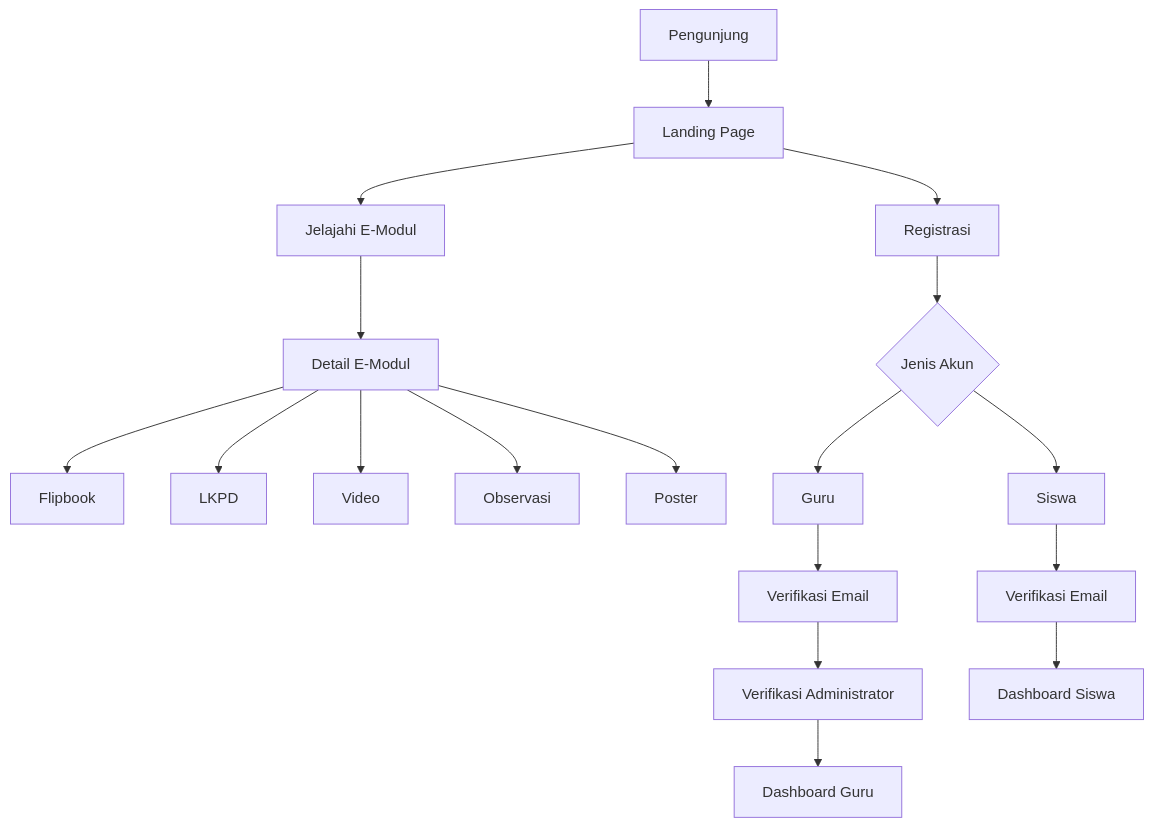
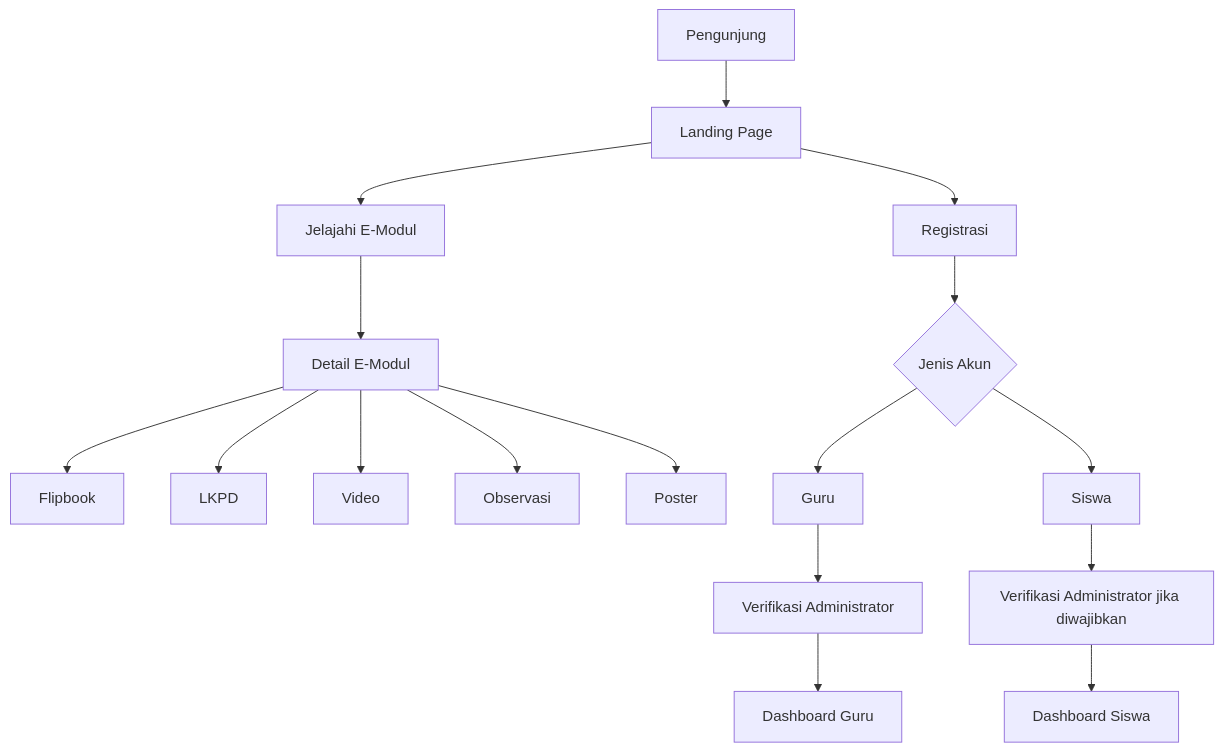
Before and after one commit to yaridwan/e-etnosains: the first of 7 diagrams in README.md, drawn with Mermaid. The commit also changed other lines of this file and 25 other files, not shown here.

First line of the commit message:
Ganti verifikasi email dengan persetujuan Administrator untuk guru & siswa

````diff
--- a/README.md
+++ b/README.md
@@ -332,23 +345,22 @@
 ```mermaid
 flowchart TD
     A[Pengunjung] --> B[Landing Page]
     B --> C[Jelajahi E-Modul]
     C --> D[Detail E-Modul]
     D --> E[Flipbook]
     D --> F[LKPD]
     D --> G[Video]
     D --> H[Observasi]
     D --> P[Poster]
 
     B --> I[Registrasi]
     I --> J{Jenis Akun}
     J --> K[Guru]
     J --> L[Siswa]
 
-    K --> M[Verifikasi Email]
-    M --> N[Verifikasi Administrator]
+    K --> N[Verifikasi Administrator]
     N --> O[Dashboard Guru]
 
-    L --> Q[Verifikasi Email]
+    L --> Q[Verifikasi Administrator jika diwajibkan]
     Q --> R[Dashboard Siswa]
 ```
````
